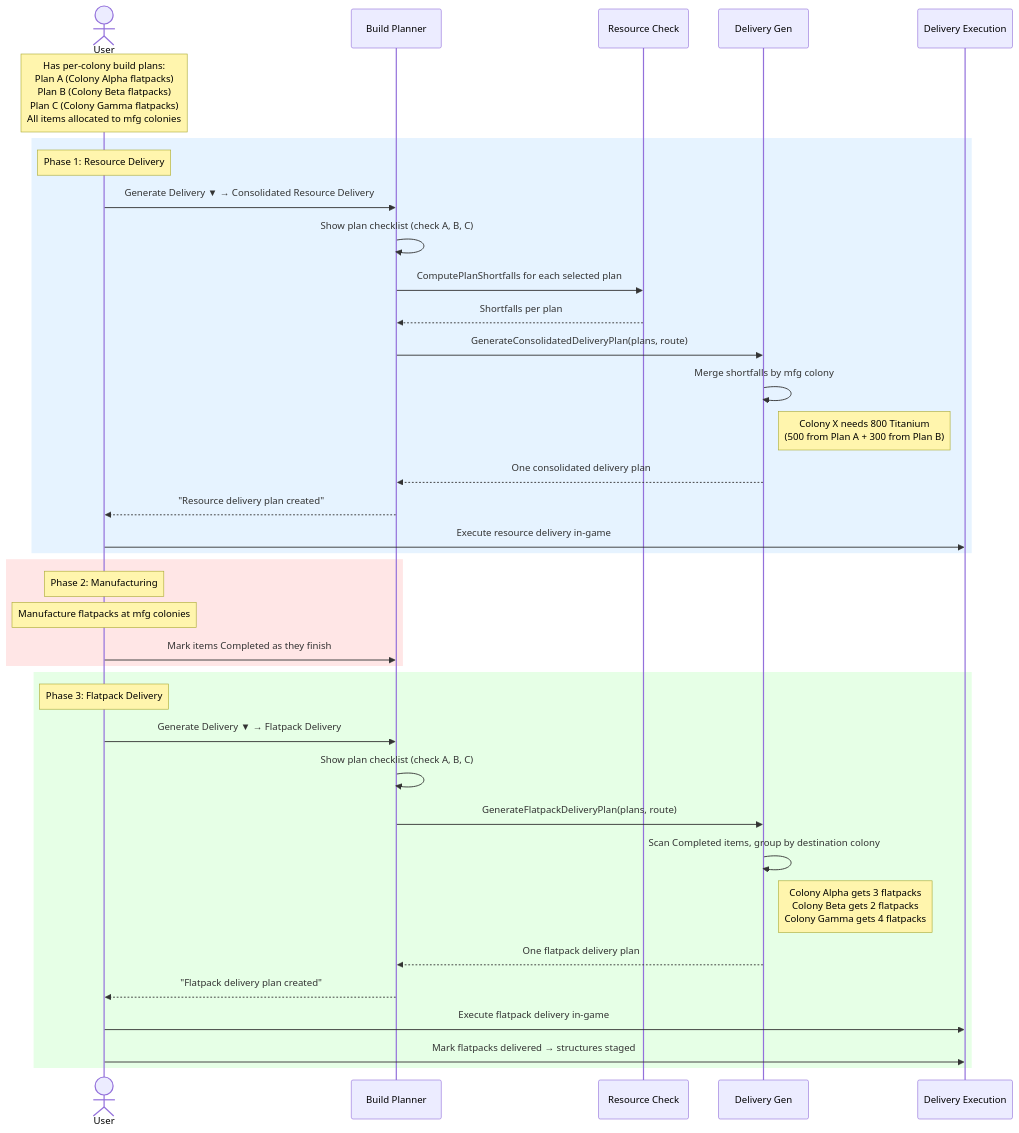
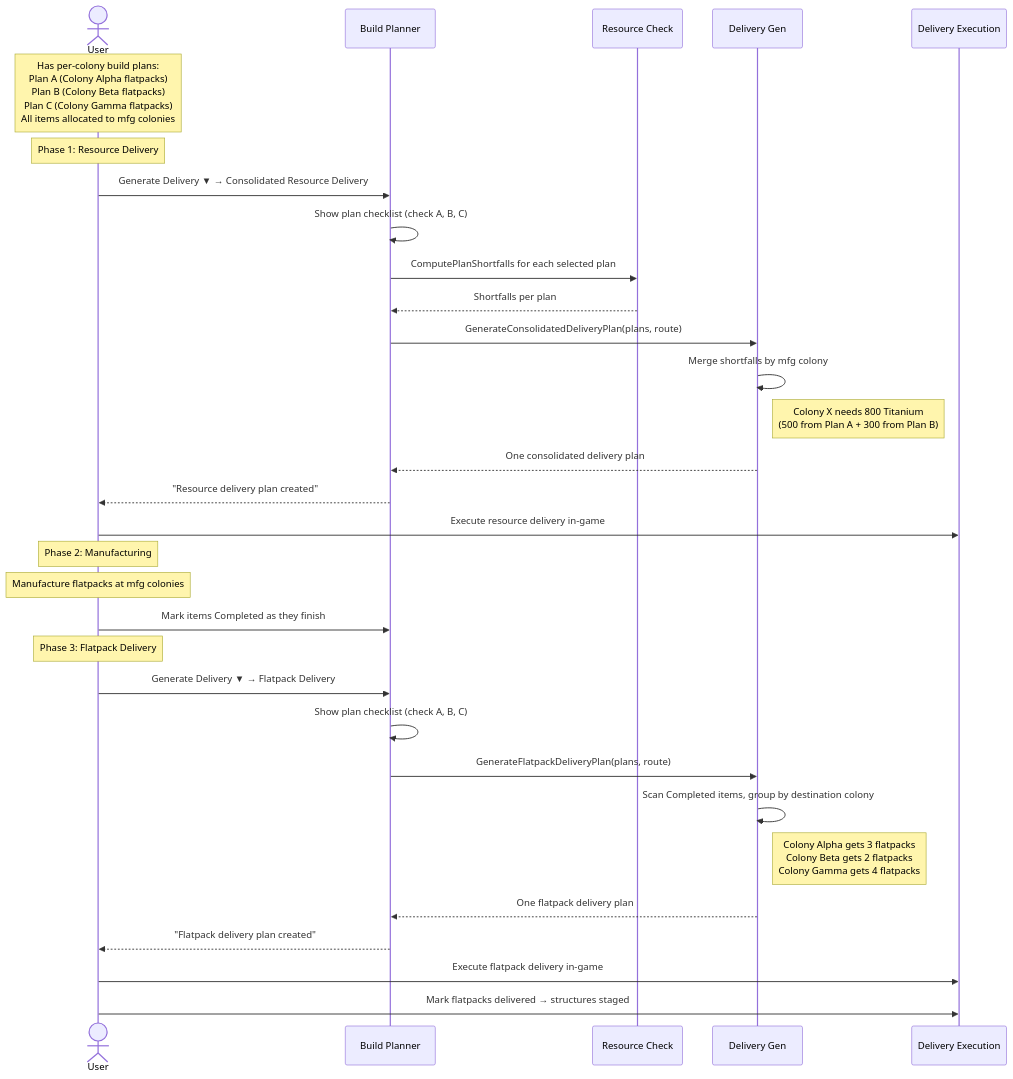
Before and after one commit to scalorn/OuterEmpires2EmpireTracker: diagram 19 of 20 in .kiro/specs/empire-systems/design.md, drawn with Mermaid.

Commit message:
Remove colored rect backgrounds from Flow 17 diagram
The light-colored rect backgrounds were unreadable and inconsistent
with the other diagrams. Phases are now separated by Note elements only.

Prompt: The backgrounds on Multi-Plan Consolidated Delivery flows are very light colored. They don't make the other diagrams. They also make the text impossible to read.

````diff
--- a/.kiro/specs/empire-systems/design.md
+++ b/.kiro/specs/empire-systems/design.md
@@ -551,43 +551,37 @@
 ```mermaid
 sequenceDiagram
     actor User
     participant BP as Build Planner
     participant RC as Resource Check
     participant DG as Delivery Gen
     participant DE as Delivery Execution
 
     Note over User: Has per-colony build plans:<br/>Plan A (Colony Alpha flatpacks)<br/>Plan B (Colony Beta flatpacks)<br/>Plan C (Colony Gamma flatpacks)<br/>All items allocated to mfg colonies
 
-    rect rgb(230, 243, 255)
     Note over User: Phase 1: Resource Delivery
     User->>BP: Generate Delivery ▼ → Consolidated Resource Delivery
     BP->>BP: Show plan checklist (check A, B, C)
     BP->>RC: ComputePlanShortfalls for each selected plan
     RC-->>BP: Shortfalls per plan
     BP->>DG: GenerateConsolidatedDeliveryPlan(plans, route)
     DG->>DG: Merge shortfalls by mfg colony
     Note right of DG: Colony X needs 800 Titanium<br/>(500 from Plan A + 300 from Plan B)
     DG-->>BP: One consolidated delivery plan
     BP-->>User: "Resource delivery plan created"
     User->>DE: Execute resource delivery in-game
-    end
 
-    rect rgb(255, 230, 230)
     Note over User: Phase 2: Manufacturing
     Note over User: Manufacture flatpacks at mfg colonies
     User->>BP: Mark items Completed as they finish
-    end
 
-    rect rgb(230, 255, 230)
     Note over User: Phase 3: Flatpack Delivery
     User->>BP: Generate Delivery ▼ → Flatpack Delivery
     BP->>BP: Show plan checklist (check A, B, C)
     BP->>DG: GenerateFlatpackDeliveryPlan(plans, route)
     DG->>DG: Scan Completed items, group by destination colony
     Note right of DG: Colony Alpha gets 3 flatpacks<br/>Colony Beta gets 2 flatpacks<br/>Colony Gamma gets 4 flatpacks
     DG-->>BP: One flatpack delivery plan
     BP-->>User: "Flatpack delivery plan created"
     User->>DE: Execute flatpack delivery in-game
     User->>DE: Mark flatpacks delivered → structures staged
-    end
 ```
````
